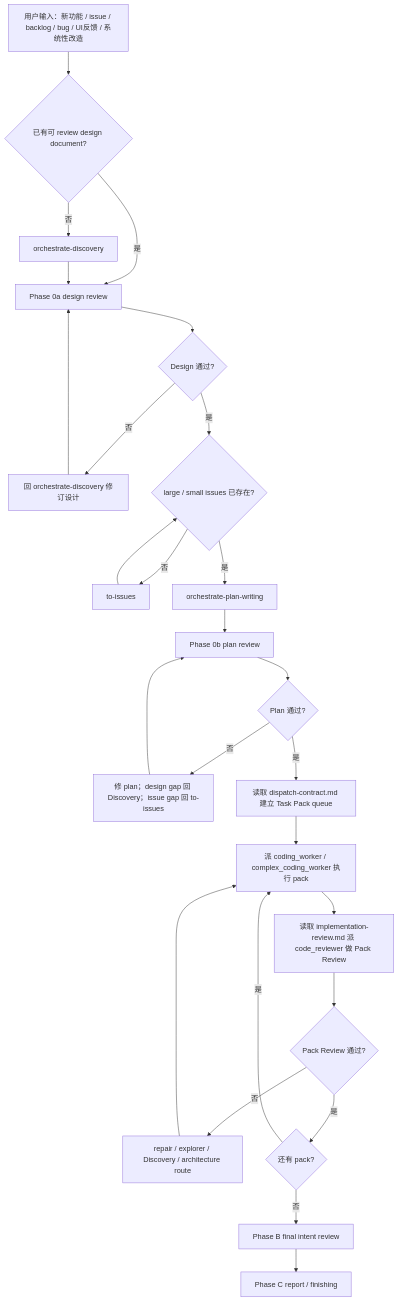
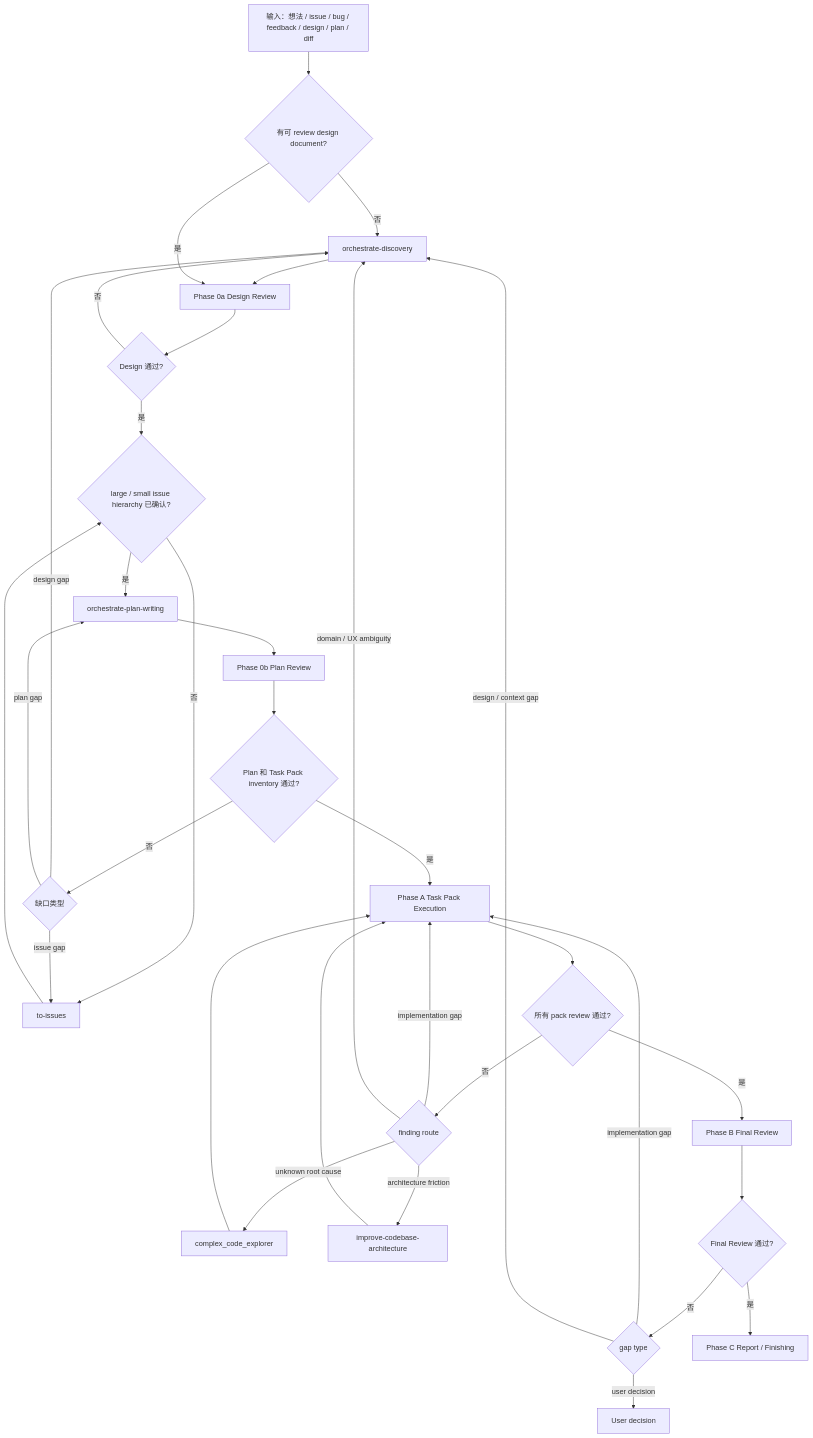
One commit to chancheuklap/multi-model-workflow changed the diagram in .agents/skills/orchestrate-workflow/SKILL.md. Above: the diagram before and after it, drawn with Mermaid. The commit also changed other lines of this file and 3 other files, not shown here.

````diff
--- a/.agents/skills/orchestrate-workflow/SKILL.md
+++ b/.agents/skills/orchestrate-workflow/SKILL.md
@@ -40,28 +30,35 @@
 ```mermaid
 flowchart TD
-    A["用户输入：新功能 / issue / backlog / bug / UI反馈 / 系统性改造"] --> B{"已有可 review design document?"}
+    A["输入：想法 / issue / bug / feedback / design / plan / diff"] --> B{"有可 review design document?"}
     B -->|否| C["orchestrate-discovery"]
-    B -->|是| D["Phase 0a design review"]
-    C --> D
+    C --> D["Phase 0a Design Review"]
+    B -->|是| D
     D --> E{"Design 通过?"}
-    E -->|否| F["回 orchestrate-discovery 修订设计"]
-    F --> D
-    E -->|是| G{"large / small issues 已存在?"}
-    G -->|否| H["to-issues"]
-    H --> G
-    G -->|是| I["orchestrate-plan-writing"]
-    I --> J["Phase 0b plan review"]
-    J --> K{"Plan 通过?"}
-    K -->|否| L["修 plan；design gap 回 Discovery；issue gap 回 to-issues"]
-    L --> J
-    K -->|是| M["读取 dispatch-contract.md 建立 Task Pack queue"]
-    M --> N["派 coding_worker / complex_coding_worker 执行 pack"]
-    N --> O["读取 implementation-review.md 派 code_reviewer 做 Pack Review"]
-    O --> P{"Pack Review 通过?"}
-    P -->|否| Q["repair / explorer / Discovery / architecture route"]
-    Q --> N
-    P -->|是| R{"还有 pack?"}
-    R -->|是| N
-    R -->|否| S["Phase B final intent review"]
-    S --> T["Phase C report / finishing"]
+    E -->|否| C
+    E -->|是| F{"large / small issue hierarchy 已确认?"}
+    F -->|否| G["to-issues"]
+    G --> F
+    F -->|是| H["orchestrate-plan-writing"]
+    H --> I["Phase 0b Plan Review"]
+    I --> J{"Plan 和 Task Pack inventory 通过?"}
+    J -->|否| K{"缺口类型"}
+    K -->|design gap| C
+    K -->|issue gap| G
+    K -->|plan gap| H
+    J -->|是| L["Phase A Task Pack Execution"]
+    L --> M{"所有 pack review 通过?"}
+    M -->|否| N{"finding route"}
+    N -->|implementation gap| L
+    N -->|unknown root cause| O["complex_code_explorer"]
+    N -->|domain / UX ambiguity| C
+    N -->|architecture friction| P["improve-codebase-architecture"]
+    O --> L
+    P --> L
+    M -->|是| Q["Phase B Final Review"]
+    Q --> R{"Final Review 通过?"}
+    R -->|否| S{"gap type"}
+    S -->|implementation gap| L
+    S -->|design / context gap| C
+    S -->|user decision| T["User decision"]
+    R -->|是| U["Phase C Report / Finishing"]
 ```
````
